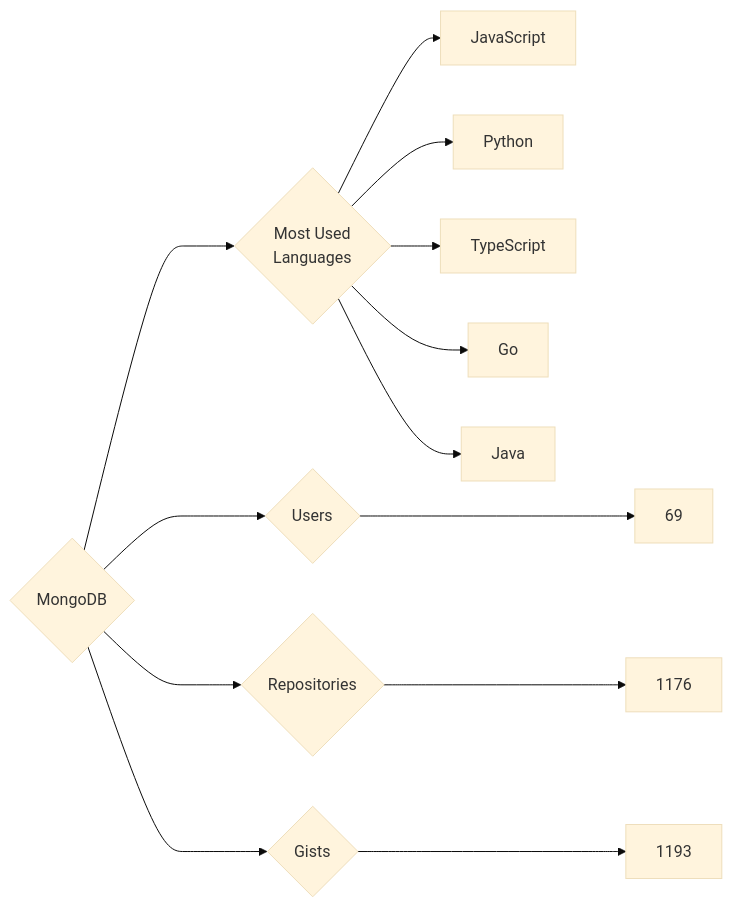
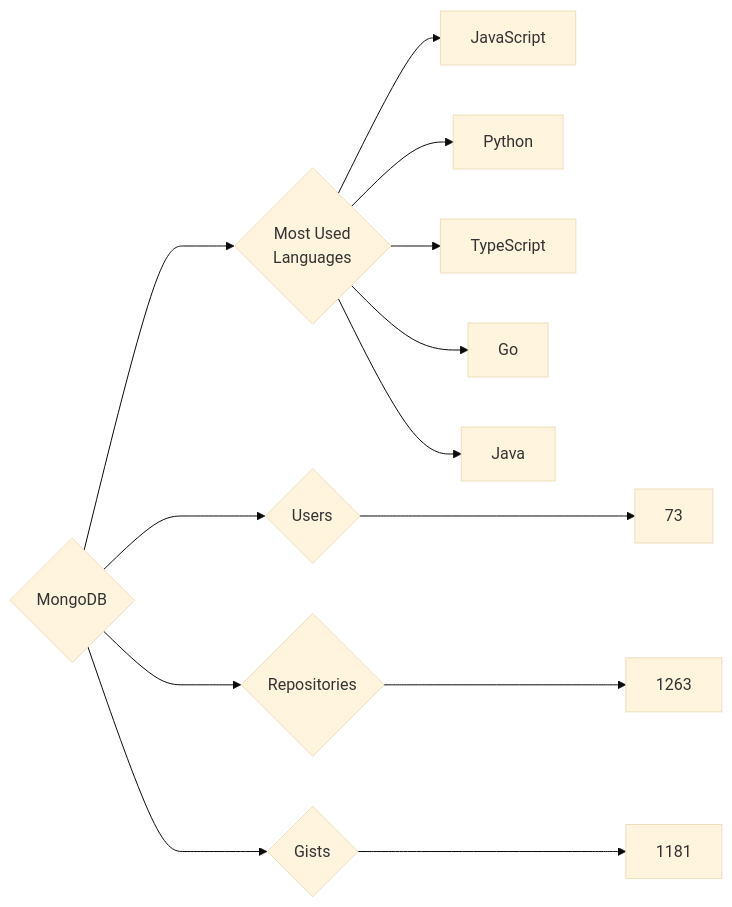
The diagram in targets/MongoDB/README.md (trickest/insiders), drawn with Mermaid (base theme) before and after one commit. The commit also changed 829 other files, not shown here.

````diff
--- a/targets/MongoDB/README.md
+++ b/targets/MongoDB/README.md
@@ -3,13 +3,13 @@
 ```mermaid
 graph LR
 COMPANY_NAME{MongoDB}
-COMPANY_NAME ---> U{Users} ---> UN[69]
-COMPANY_NAME ---> R{Repositories} ---> RN[1176]
-COMPANY_NAME ---> G{Gists} ---> GN[1193]
+COMPANY_NAME ---> U{Users} ---> UN[73]
+COMPANY_NAME ---> R{Repositories} ---> RN[1263]
+COMPANY_NAME ---> G{Gists} ---> GN[1181]
 COMPANY_NAME ---> ML{Most Used<br>Languages}
 ML --> JavaScript[JavaScript]
 ML --> Python[Python]
 ML --> TypeScript[TypeScript]
 ML --> Go[Go]
 ML --> Java[Java]
 ```
````
